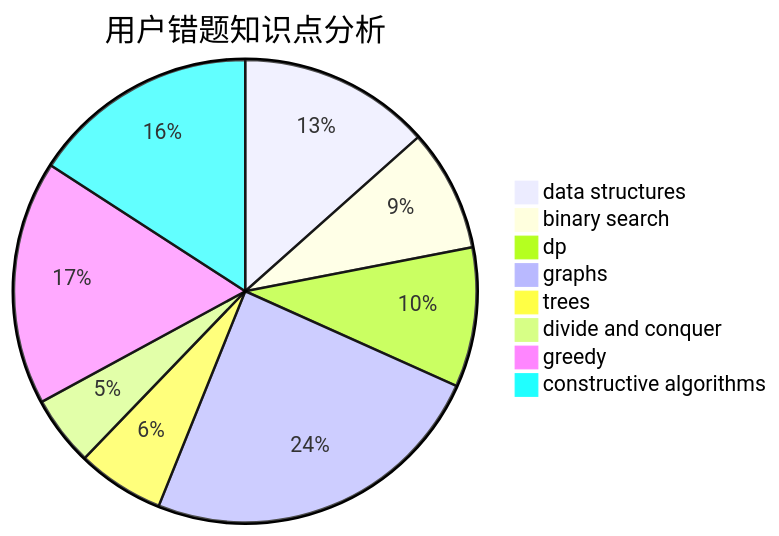
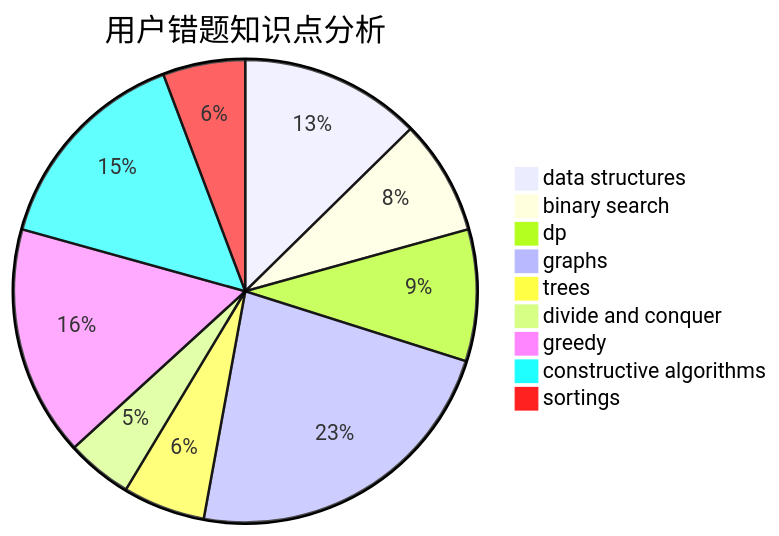
Before and after one commit to sherpahu/cfrs.github.io: the third of 3 diagrams in docs/user/u116.md, drawn with Mermaid. The commit also changed other lines of this file and 2769 other files, not shown here.

````diff
--- a/docs/user/u116.md
+++ b/docs/user/u116.md
@@ -36,11 +32,12 @@
 ```mermaid
 pie title 用户错题知识点分析
     "data structures" :  11
     "binary search" :  7
     "dp" :  8
     "graphs" :  20
     "trees" :  5
     "divide and conquer" :  4
     "greedy" :  14
     "constructive algorithms" :  13
+    "sortings" :  5
 ```
````
